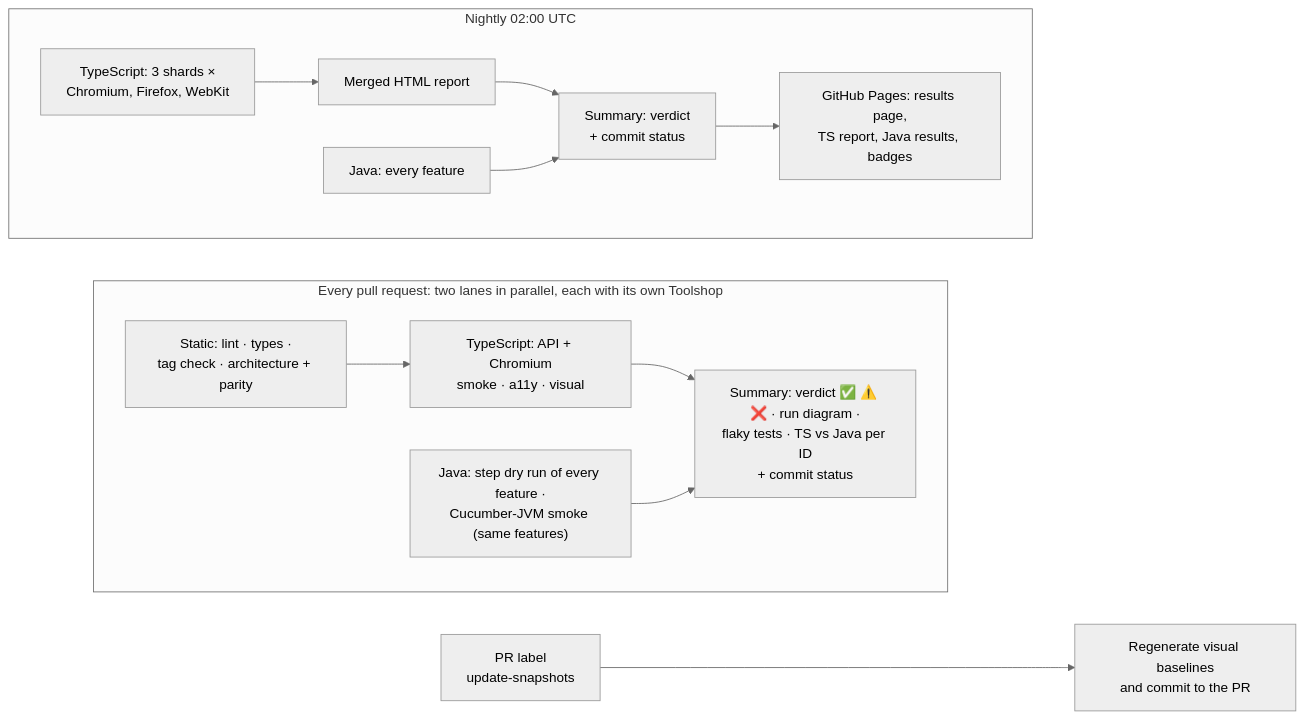
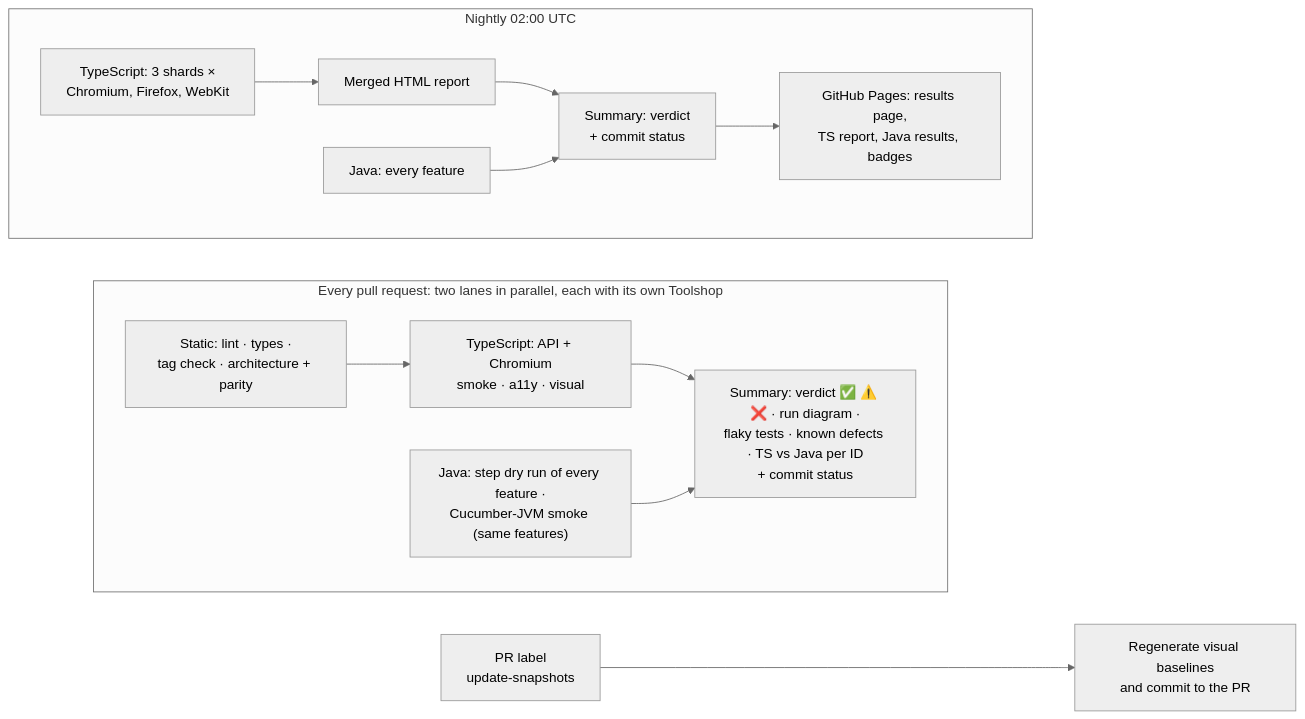
The second of 2 diagrams in README.md (junchunip-hue/playwright-e2e-showcase), drawn with Mermaid (neutral theme) before and after one commit. The commit also changed other lines of this file and 2 other files, not shown here.

First line of the commit message:
Known defects: README wording, streak rule, real Java duration

````diff
--- a/README.md
+++ b/README.md
@@ -113,17 +114,17 @@
 ```mermaid
 flowchart LR
   subgraph PR["Every pull request: two lanes in parallel, each with its own Toolshop"]
     direction LR
     S["Static: lint · types ·<br/>tag check · architecture + parity"] --> TS["TypeScript: API + Chromium<br/>smoke · a11y · visual"]
     J["Java: step dry run of every feature ·<br/>Cucumber-JVM smoke (same features)"]
-    TS --> SUM["Summary: verdict ✅ ⚠️ ❌ · run diagram ·<br/>flaky tests · TS vs Java per ID<br/>+ commit status"]
+    TS --> SUM["Summary: verdict ✅ ⚠️ ❌ · run diagram ·<br/>flaky tests · known defects · TS vs Java per ID<br/>+ commit status"]
     J --> SUM
   end
   subgraph N["Nightly 02:00 UTC"]
     direction LR
     SH["TypeScript: 3 shards ×<br/>Chromium, Firefox, WebKit"] --> M["Merged HTML report"] --> NS["Summary: verdict<br/>+ commit status"]
     NJ["Java: every feature"] --> NS
     NS --> P["GitHub Pages: results page,<br/>TS report, Java results, badges"]
   end
   L["PR label<br/>update-snapshots"] --> B["Regenerate visual baselines<br/>and commit to the PR"]
 ```
````
